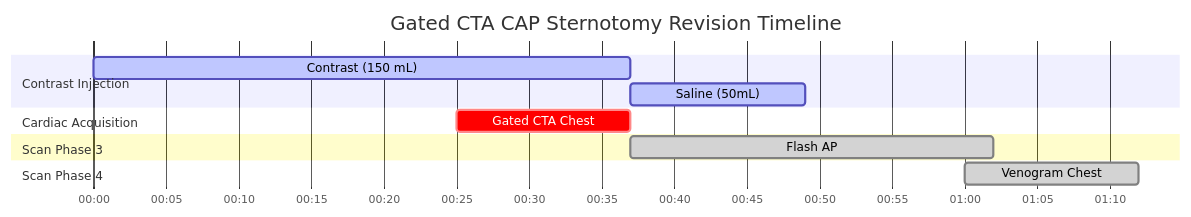
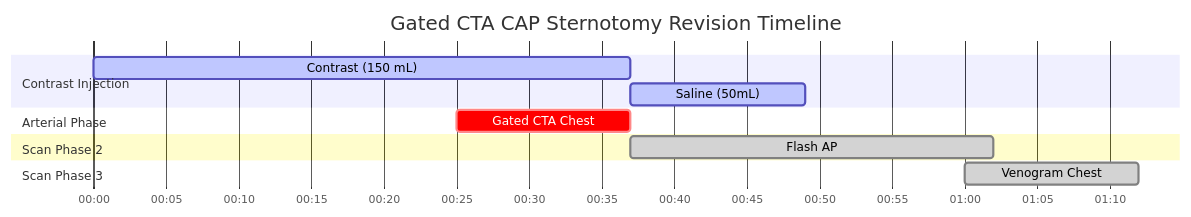
Before and after one commit to dfergs93/radiology-protocols: the diagram in docs/ct/cardiac/gated-cta-cap-sternotomy-revision.md, drawn with Mermaid. The commit also changed other lines of this file and 79 other files, not shown here.

````diff
--- a/docs/ct/cardiac/gated-cta-cap-sternotomy-revision.md
+++ b/docs/ct/cardiac/gated-cta-cap-sternotomy-revision.md
@@ -85,20 +85,20 @@
   ```mermaid
   ---
   config:
     theme: default
   ---
     gantt
       title Gated CTA CAP Sternotomy Revision Timeline
       dateFormat mm:ss
       axisFormat %M:%S 
       
       section Contrast Injection
       Contrast (150 mL)    :active, contrast, 00:00, 37s
       Saline (50mL)          :active, saline, after contrast, 12s
-      section Cardiac Acquisition
-      Gated CTA Chest    :crit, scan2, 00:25, 12s
+      section Arterial Phase
+      Gated CTA Chest    :crit, scan1, 00:25, 12s
+      section Scan Phase 2
+      Flash AP    :done, scan2, after scan1, 25s
       section Scan Phase 3
-      Flash AP    :done, scan3, after scan1, 25s
-      section Scan Phase 4
-      Venogram Chest    :done, scan4, 01:00, 12s
+      Venogram Chest    :done, scan3, 01:00, 12s
   ```
````
